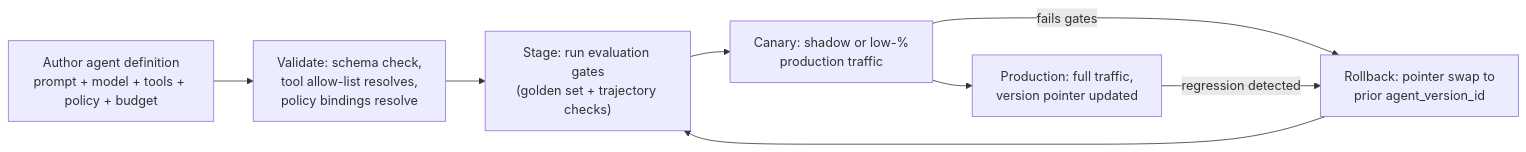
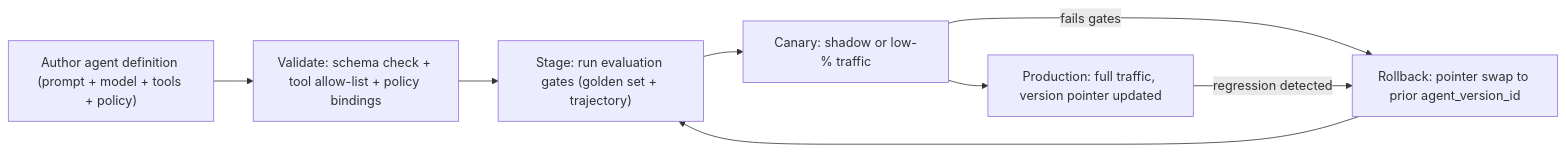
The first of 4 diagrams in learning/agentic-ai-system-design/02-agent-lifecycle-and-runtime.md (dsgouda7/ai-portfolio), drawn with Mermaid before and after one commit. The commit also changed other lines of this file and 11 other files, not shown here.

````diff
--- a/learning/agentic-ai-system-design/02-agent-lifecycle-and-runtime.md
+++ b/learning/agentic-ai-system-design/02-agent-lifecycle-and-runtime.md
@@ -44,14 +44,14 @@
 ```mermaid
 flowchart LR
-    Author[Author agent definition\nprompt + model + tools + policy + budget]
-    Validate["Validate: schema check,\ntool allow-list resolves,\npolicy bindings resolve"]
-    Stage["Stage: run evaluation gates\n(golden set + trajectory checks)"]
-    Canary["Canary: shadow or low-%\nproduction traffic"]
-    Production["Production: full traffic,\nversion pointer updated"]
-    Rollback["Rollback: pointer swap to\nprior agent_version_id"]
+    Author["Author agent definition (prompt + model + tools + policy)"]
+    Validate["Validate: schema check + tool allow-list + policy bindings"]
+    Stage["Stage: run evaluation gates (golden set + trajectory)"]
+    Canary["Canary: shadow or low-% traffic"]
+    Production["Production: full traffic, version pointer updated"]
+    Rollback["Rollback: pointer swap to prior agent_version_id"]
 
     Author --> Validate --> Stage --> Canary --> Production
     Canary -- fails gates --> Rollback
     Production -- regression detected --> Rollback
     Rollback --> Stage
 ```
````
